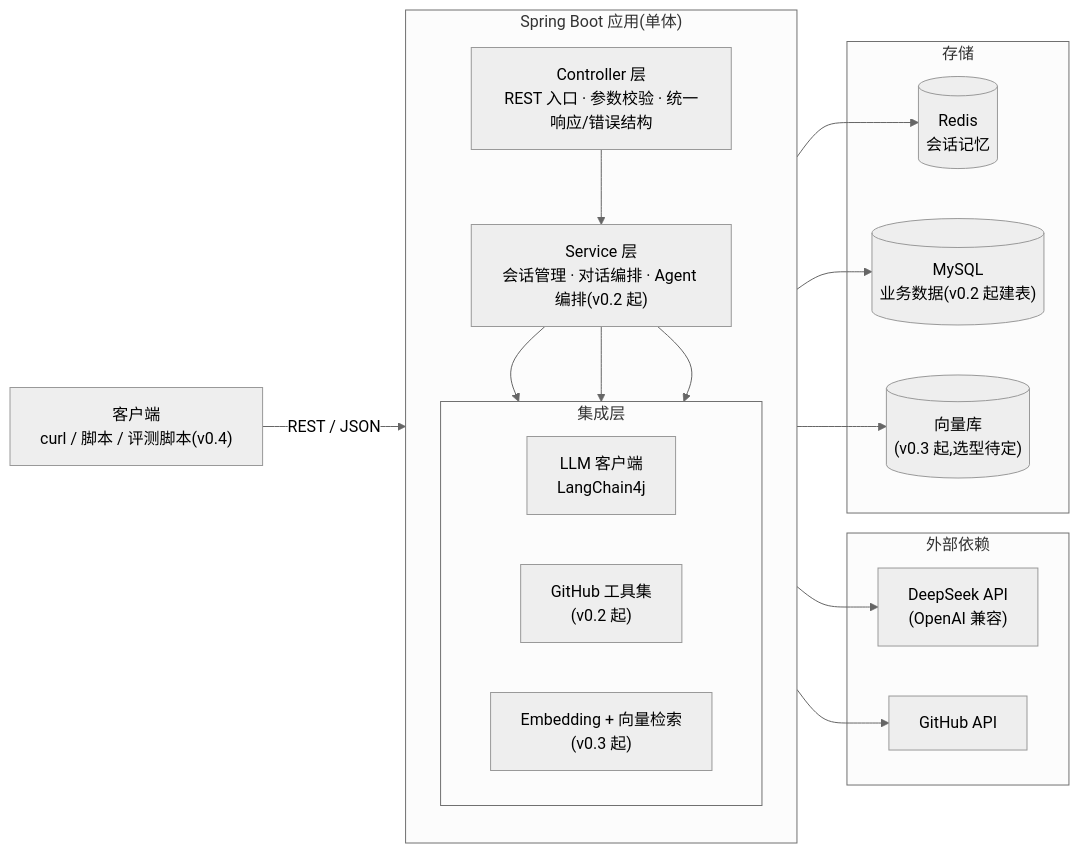
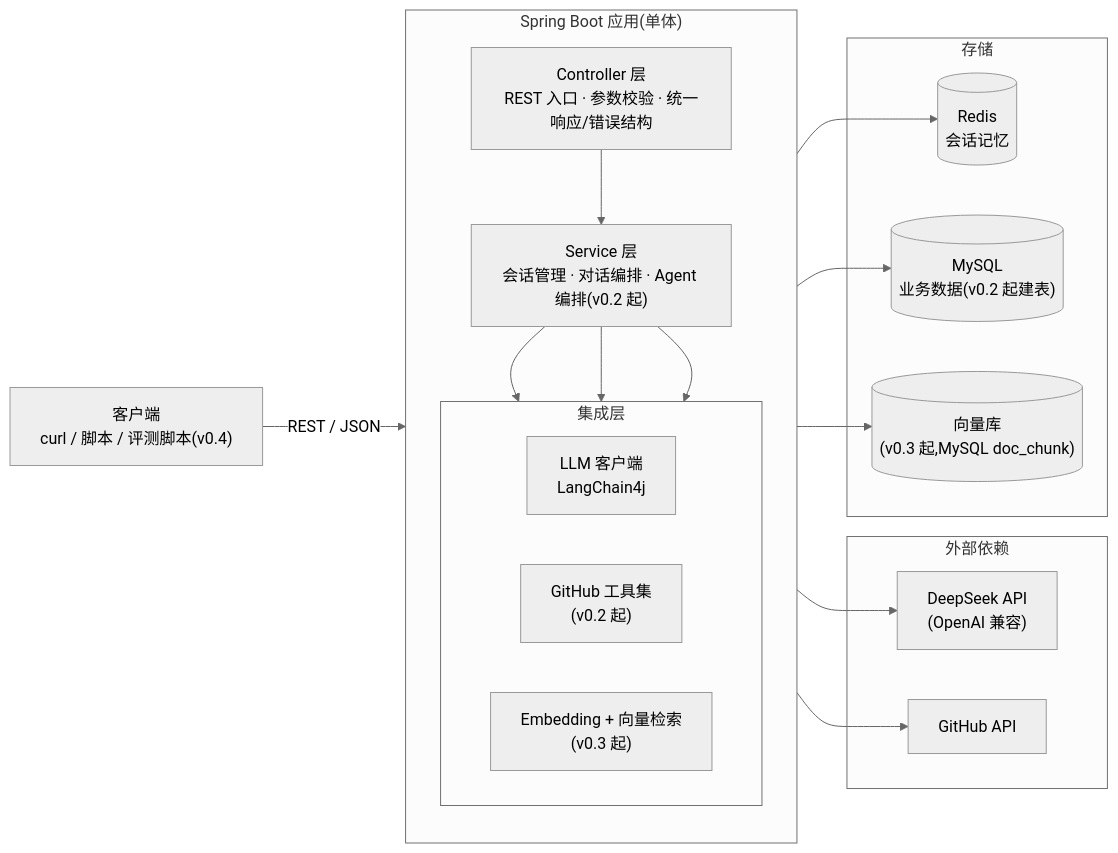
Before and after one commit to zohan20050521-sudo/repo-scout: the first of 2 diagrams in docs/design.md, drawn with Mermaid (neutral theme). The commit also changed other lines of this file and 26 other files, not shown here.

````diff
--- a/docs/design.md
+++ b/docs/design.md
@@ -44,38 +44,38 @@
 ```mermaid
 flowchart LR
     Client["客户端<br/>curl / 脚本 / 评测脚本(v0.4)"]
 
     subgraph App["Spring Boot 应用(单体)"]
         direction TB
         Controller["Controller 层<br/>REST 入口 · 参数校验 · 统一响应/错误结构"]
         Service["Service 层<br/>会话管理 · 对话编排 · Agent 编排(v0.2 起)"]
         subgraph Integration["集成层"]
             direction LR
             LLM["LLM 客户端<br/>LangChain4j"]
             Tools["GitHub 工具集<br/>(v0.2 起)"]
             Rag["Embedding + 向量检索<br/>(v0.3 起)"]
         end
         Controller --> Service
         Service --> LLM
         Service --> Tools
         Service --> Rag
     end
 
     subgraph Ext["外部依赖"]
         DeepSeek["DeepSeek API<br/>(OpenAI 兼容)"]
         GitHub["GitHub API"]
     end
 
     subgraph Store["存储"]
         Redis[("Redis<br/>会话记忆")]
         MySQL[("MySQL<br/>业务数据(v0.2 起建表)")]
-        Vector[("向量库<br/>(v0.3 起,选型待定)")]
+        Vector[("向量库<br/>(v0.3 起,MySQL doc_chunk)")]
     end
 
     Client -->|"REST / JSON"| Controller
     LLM --> DeepSeek
     Tools --> GitHub
     Service --> Redis
     Service --> MySQL
     Rag --> Vector
 ```
````
